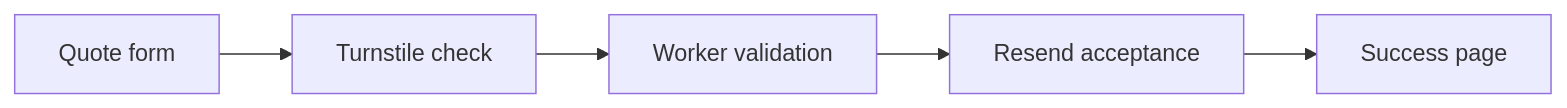
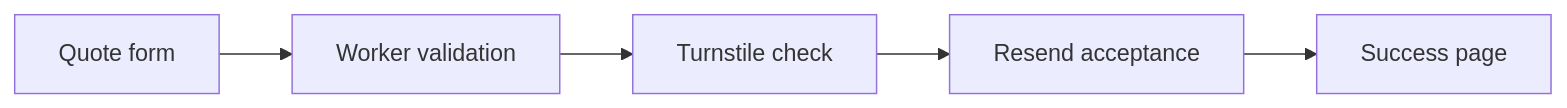
The diagram in README.md (Cassileigh/cleaning-by-cassi), drawn with Mermaid before and after one commit. The commit also changed other lines of this file, not shown here.

````diff
--- a/README.md
+++ b/README.md
@@ -93,7 +95,7 @@
 ```mermaid
 flowchart LR
-    A[Quote form] --> B[Turnstile check]
-    B --> C[Worker validation]
+    A[Quote form] --> B[Worker validation]
+    B --> C[Turnstile check]
     C --> D[Resend acceptance]
     D --> E[Success page]
 ```
````
